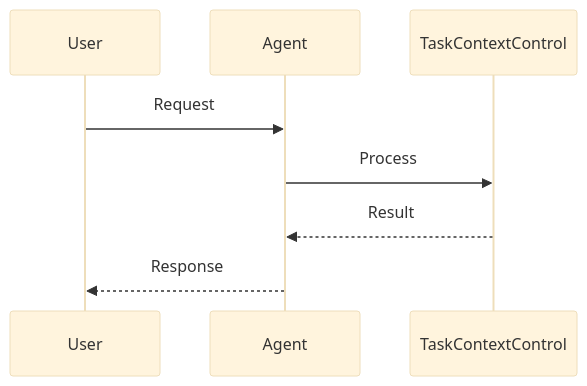
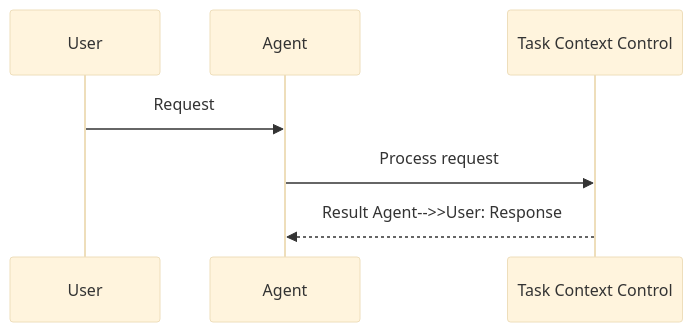
One commit to MervinPraison/PraisonAIDocs changed the second of 2 diagrams in docs/features/task-context-control.mdx. Above: the diagram before and after it, drawn with Mermaid (base theme). The commit also changed 204 other files, not shown here.

First line of the commit message:
docs: align feature/tool pages with AGENTS.md hero + sequence + import standards (fixes #1775)

````diff
--- a/docs/features/task-context-control.mdx
+++ b/docs/features/task-context-control.mdx
@@ -54,11 +54,10 @@
 ```mermaid
 sequenceDiagram
     participant User
     participant Agent
-    participant TaskContextControl
+    participant Feature as Task Context Control
 
     User->>Agent: Request
-    Agent->>TaskContextControl: Process
-    TaskContextControl-->>Agent: Result
-    Agent-->>User: Response
+    Agent->>Feature: Process request
+    Feature-->>Agent: Result    Agent-->>User: Response
 ```
````
